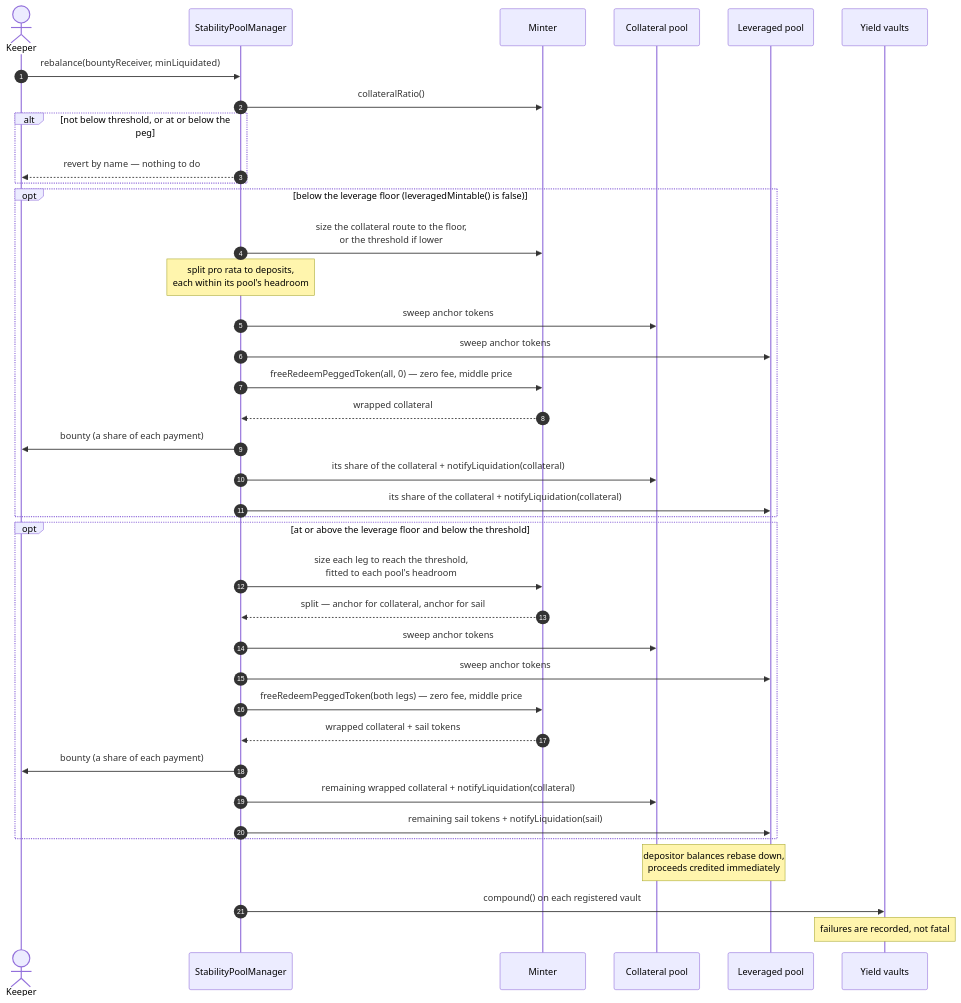
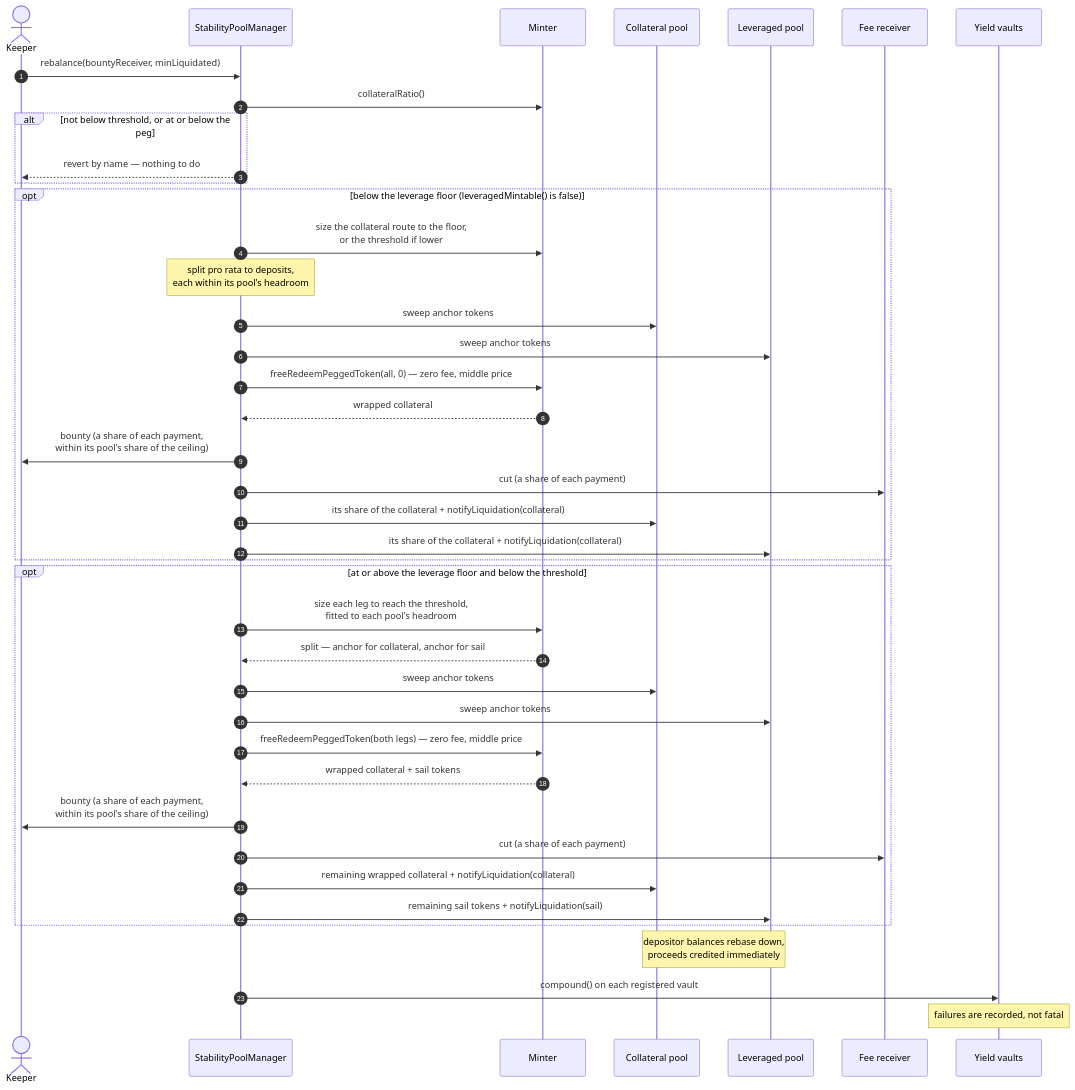
One commit to baofinance/harbor changed the eighth of 16 diagrams in doc/functional-spec.md. Above: the diagram before and after it, drawn with Mermaid. The commit also changed other lines of this file and 17 other files, not shown here.

````diff
--- a/doc/functional-spec.md
+++ b/doc/functional-spec.md
@@ -1356,44 +1361,47 @@
 ```mermaid
 sequenceDiagram
     autonumber
     actor K as Keeper
     participant SPM as StabilityPoolManager
     participant M as Minter
     participant PC as Collateral pool
     participant PL as Leveraged pool
+    participant F as Fee receiver
     participant YV as Yield vaults
 
     K->>SPM: rebalance(bountyReceiver, minLiquidated)
     SPM->>M: collateralRatio()
     alt not below threshold, or at or below the peg
         SPM-->>K: revert by name — nothing to do
     end
 
     opt below the leverage floor (leveragedMintable() is false)
         SPM->>M: size the collateral route to the floor,<br/>or the threshold if lower
         note over SPM: split pro rata to deposits,<br/>each within its pool's headroom
         SPM->>PC: sweep anchor tokens
         SPM->>PL: sweep anchor tokens
         SPM->>M: freeRedeemPeggedToken(all, 0) — zero fee, middle price
         M-->>SPM: wrapped collateral
-        SPM->>K: bounty (a share of each payment)
+        SPM->>K: bounty (a share of each payment,<br/>within its pool's share of the ceiling)
+        SPM->>F: cut (a share of each payment)
         SPM->>PC: its share of the collateral + notifyLiquidation(collateral)
         SPM->>PL: its share of the collateral + notifyLiquidation(collateral)
     end
 
     opt at or above the leverage floor and below the threshold
         SPM->>M: size each leg to reach the threshold,<br/>fitted to each pool's headroom
         M-->>SPM: split — anchor for collateral, anchor for sail
         SPM->>PC: sweep anchor tokens
         SPM->>PL: sweep anchor tokens
         SPM->>M: freeRedeemPeggedToken(both legs) — zero fee, middle price
         M-->>SPM: wrapped collateral + sail tokens
-        SPM->>K: bounty (a share of each payment)
+        SPM->>K: bounty (a share of each payment,<br/>within its pool's share of the ceiling)
+        SPM->>F: cut (a share of each payment)
         SPM->>PC: remaining wrapped collateral + notifyLiquidation(collateral)
         SPM->>PL: remaining sail tokens + notifyLiquidation(sail)
     end
     note over PC,PL: depositor balances rebase down,<br/>proceeds credited immediately
 
     SPM->>YV: compound() on each registered vault
     note over YV: failures are recorded, not fatal
 ```
````
